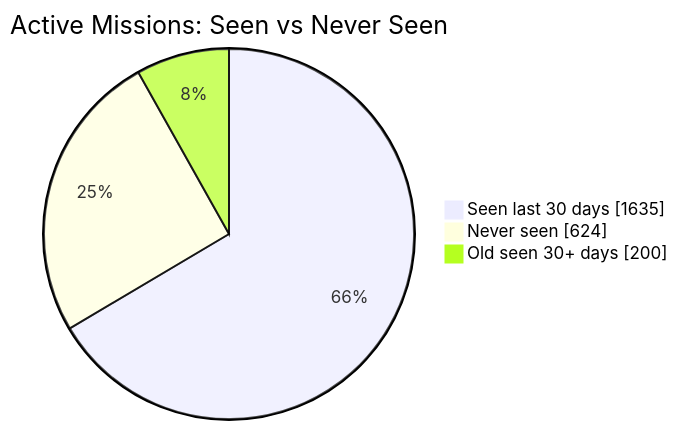
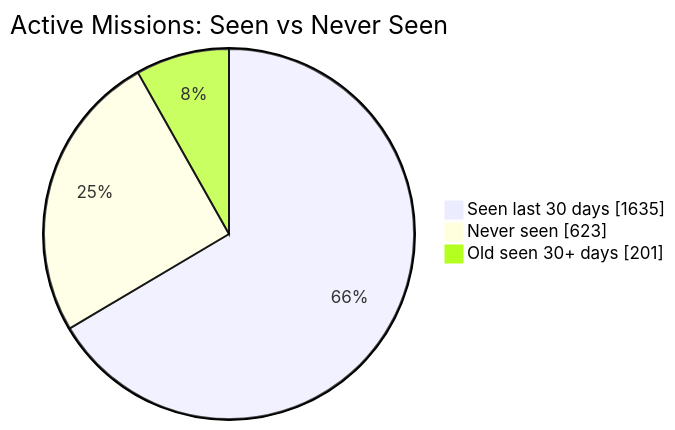
One commit to MeldkamerspelGameTeam/active-missions changed the first of 2 diagrams in README.md. Above: the diagram before and after it, drawn with Mermaid. The commit also changed other lines of this file and 4 other files, not shown here.

````diff
--- a/README.md
+++ b/README.md
@@ -34,7 +34,7 @@
 ```mermaid
 pie showData
     title Active Missions: Seen vs Never Seen
     "Seen last 30 days" : 1635
-    "Never seen" : 624
-    "Old seen 30+ days" : 200
+    "Never seen" : 623
+    "Old seen 30+ days" : 201
 ```
````
